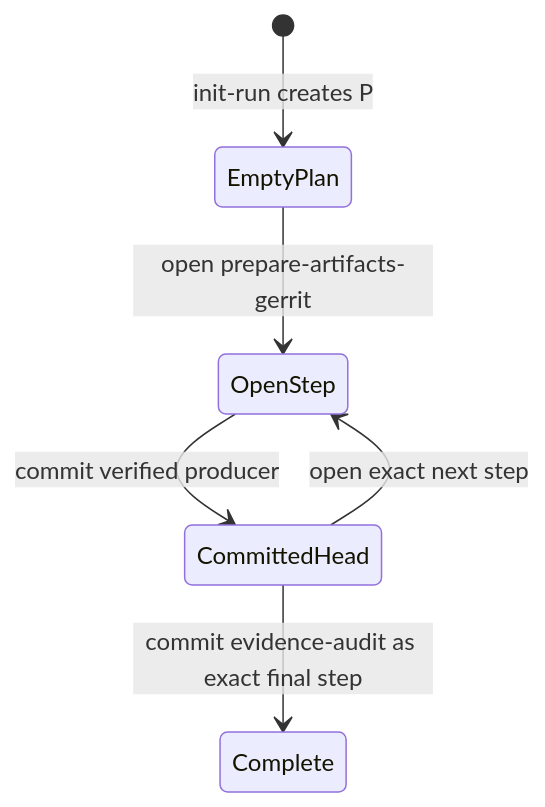
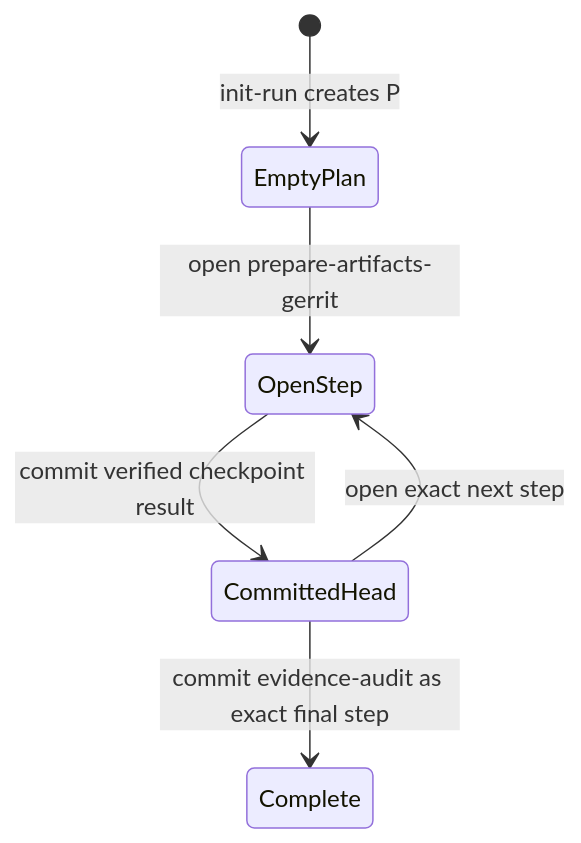
The first of 2 diagrams in simulation/docs/shared/lifecycle-state-model.md (NoNine/loopforge), drawn with Mermaid before and after one commit. The commit also changed other lines of this file and 39 other files, not shown here.

First line of the commit message:
Clarify checkpoint result ownership

````diff
--- a/simulation/docs/shared/lifecycle-state-model.md
+++ b/simulation/docs/shared/lifecycle-state-model.md
@@ -97,8 +97,8 @@
 ```mermaid
 stateDiagram-v2
   [*] --> EmptyPlan: init-run creates P
   EmptyPlan --> OpenStep: open prepare-artifacts-gerrit
   CommittedHead --> OpenStep: open exact next step
-  OpenStep --> CommittedHead: commit verified producer
+  OpenStep --> CommittedHead: commit verified checkpoint result
   CommittedHead --> Complete: commit evidence-audit as exact final step
 ```
````
